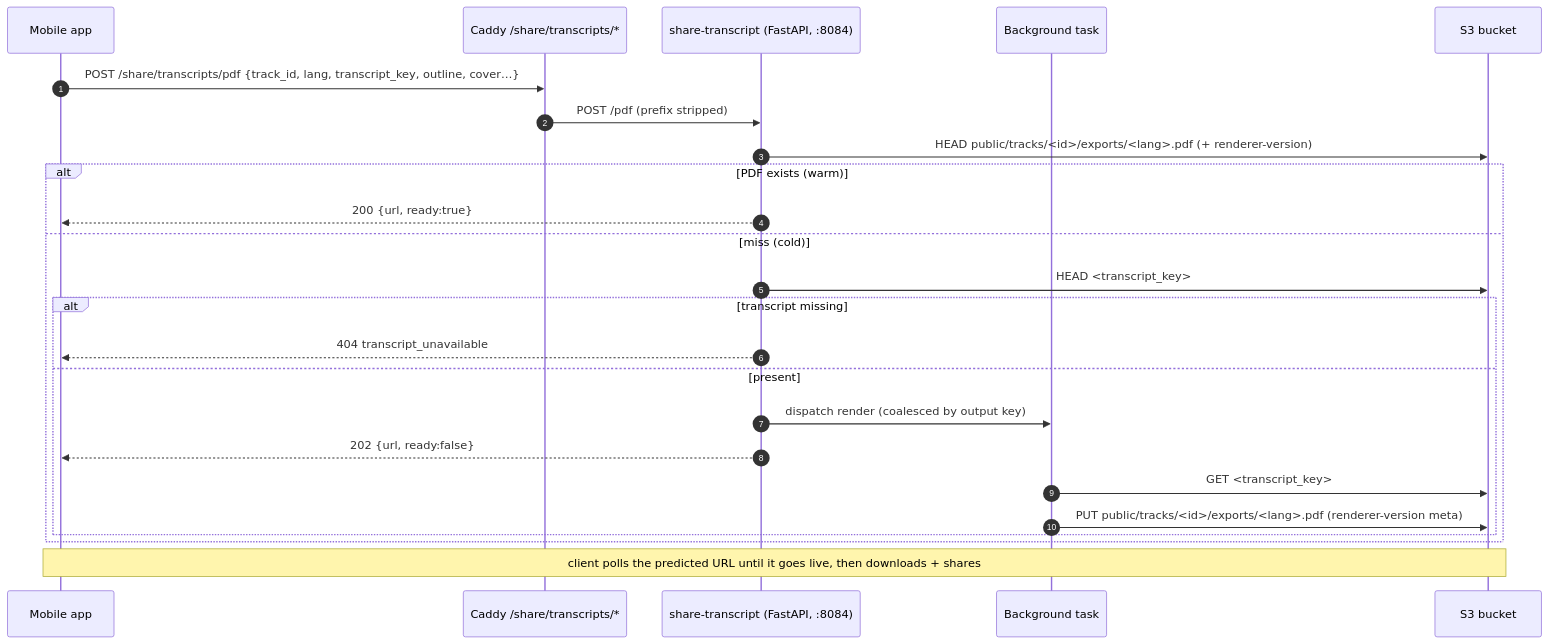
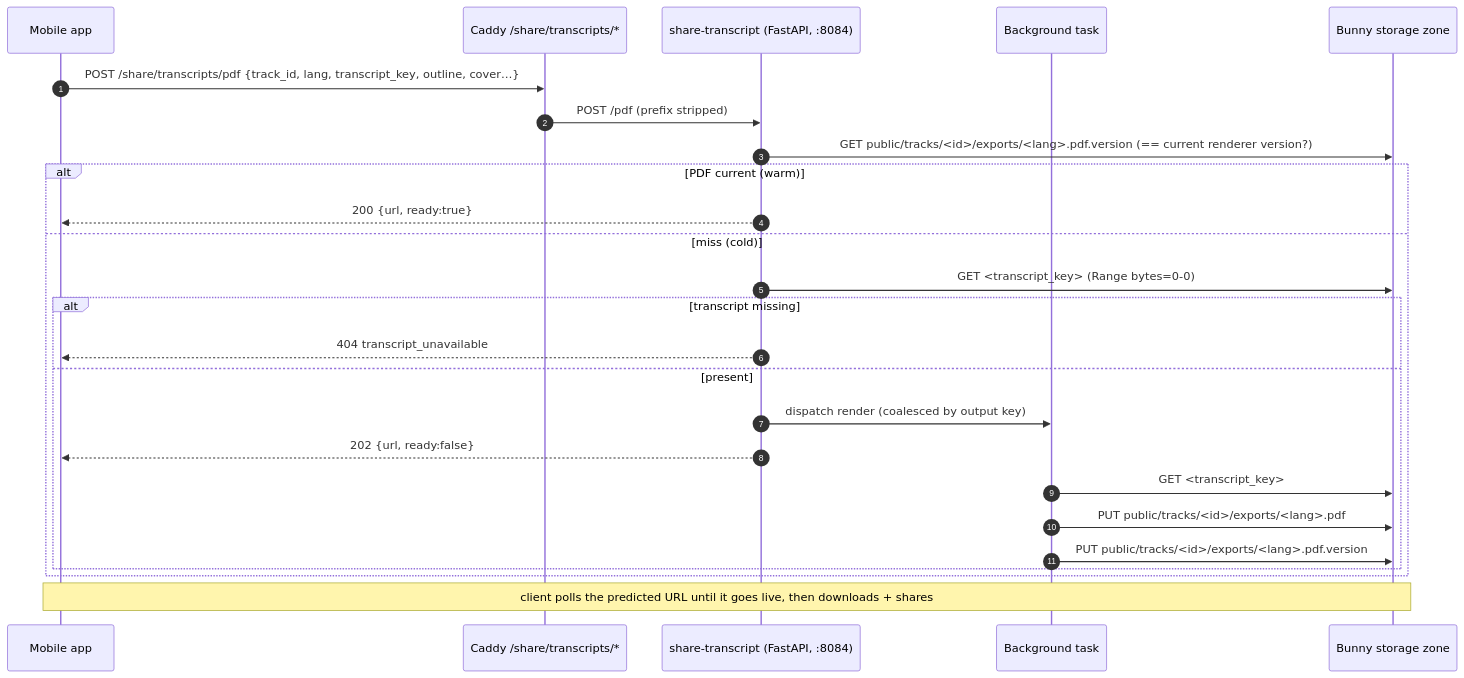
The first of 3 diagrams in docs/repos/shruti/modules/share-transcript.md (jiva-studio/shruti), drawn with Mermaid before and after one commit. The commit also changed other lines of this file and 23 other files, not shown here.

````diff
--- a/docs/repos/shruti/modules/share-transcript.md
+++ b/docs/repos/shruti/modules/share-transcript.md
@@ -74,27 +76,28 @@
 ```mermaid
 sequenceDiagram
     autonumber
     participant Client as Mobile app
     participant Caddy as Caddy /share/transcripts/*
     participant Svc as share-transcript (FastAPI, :8084)
     participant BG as Background task
-    participant S3 as S3 bucket
+    participant Zone as Bunny storage zone
 
     Client->>Caddy: POST /share/transcripts/pdf {track_id, lang, transcript_key, outline, cover…}
     Caddy->>Svc: POST /pdf (prefix stripped)
-    Svc->>S3: HEAD public/tracks/<id>/exports/<lang>.pdf (+ renderer-version)
-    alt PDF exists (warm)
+    Svc->>Zone: GET public/tracks/<id>/exports/<lang>.pdf.version (== current renderer version?)
+    alt PDF current (warm)
         Svc-->>Client: 200 {url, ready:true}
     else miss (cold)
-        Svc->>S3: HEAD <transcript_key>
+        Svc->>Zone: GET <transcript_key> (Range bytes=0-0)
         alt transcript missing
             Svc-->>Client: 404 transcript_unavailable
         else present
             Svc->>BG: dispatch render (coalesced by output key)
             Svc-->>Client: 202 {url, ready:false}
-            BG->>S3: GET <transcript_key>
-            BG->>S3: PUT public/tracks/<id>/exports/<lang>.pdf (renderer-version meta)
+            BG->>Zone: GET <transcript_key>
+            BG->>Zone: PUT public/tracks/<id>/exports/<lang>.pdf
+            BG->>Zone: PUT public/tracks/<id>/exports/<lang>.pdf.version
         end
     end
-    Note over Client,S3: client polls the predicted URL until it goes live, then downloads + shares
+    Note over Client,Zone: client polls the predicted URL until it goes live, then downloads + shares
 ```
````
